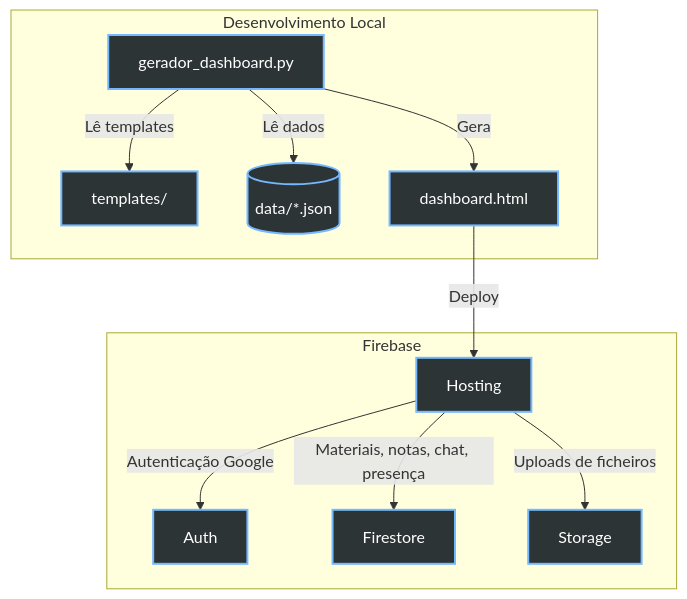
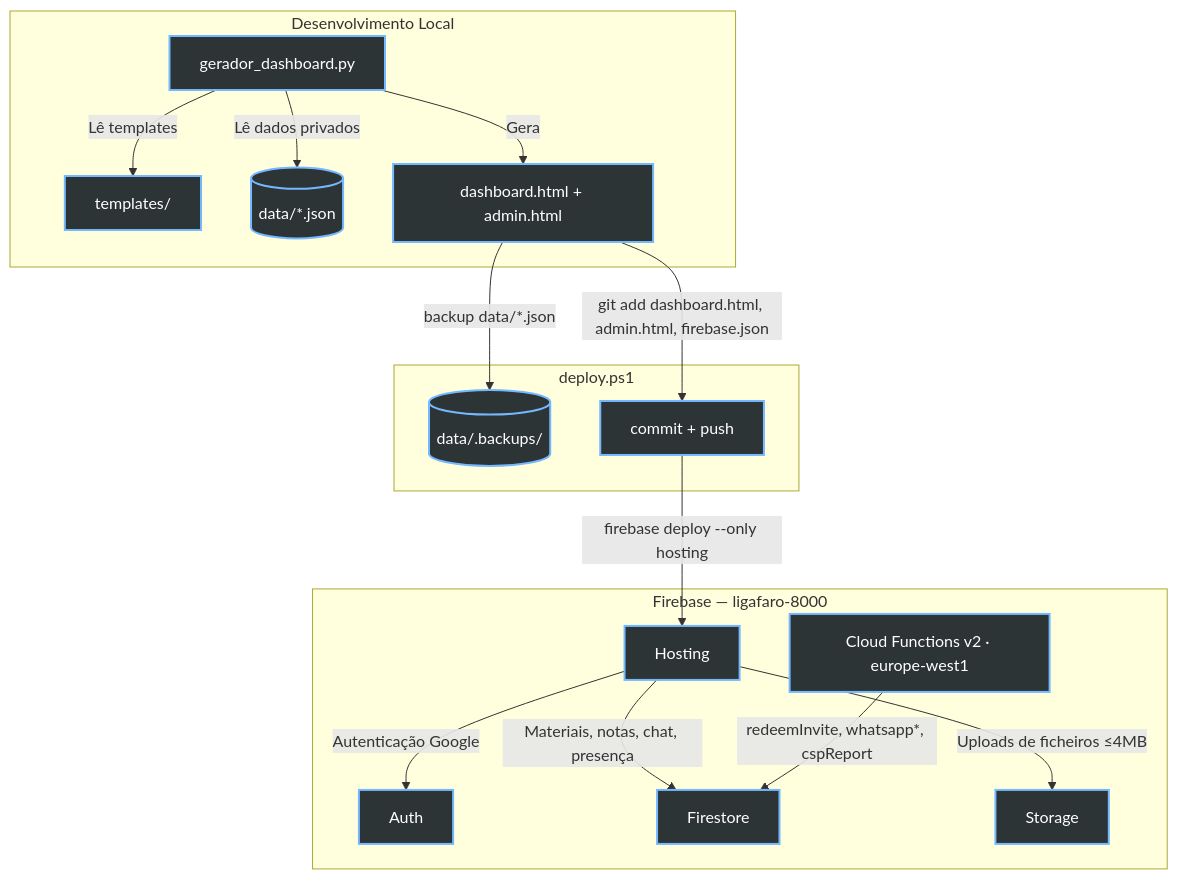
The diagram in README.md (DrNOFX97/IEFP_Hackers), drawn with Mermaid before and after one commit. The commit also changed other lines of this file and 2 other files, not shown here.

Commit message:
docs: atualizar README.md completo; fix encoding deploy.ps1; comitar source dos links de Teams UC00616

````diff
--- a/README.md
+++ b/README.md
@@ -36,18 +53,24 @@
 ```mermaid
 graph TD;
     subgraph LocalDev["Desenvolvimento Local"]
     G[gerador_dashboard.py] -->|Lê templates| T[templates/]
-    G -->|Lê dados| JSON[(data/*.json)]
-    G -->|Gera| D[dashboard.html]
+    G -->|Lê dados privados| JSON[(data/*.json)]
+    G -->|Gera| D[dashboard.html + admin.html]
     end
 
-    subgraph Firebase["Firebase"]
-    D -->|Deploy| H[Hosting]
+    subgraph Deploy["deploy.ps1"]
+    D -->|backup data/*.json| BK[(data/.backups/)]
+    D -->|git add dashboard.html, admin.html, firebase.json| C[commit + push]
+    end
+
+    subgraph Firebase["Firebase — ligafaro-8000"]
+    C -->|firebase deploy --only hosting| H[Hosting]
     H -->|Autenticação Google| FA[Auth]
     H -->|Materiais, notas, chat, presença| FS[Firestore]
-    H -->|Uploads de ficheiros| ST[Storage]
+    H -->|Uploads de ficheiros ≤4MB| ST[Storage]
+    FN[Cloud Functions v2 · europe-west1] -->|redeemInvite, whatsapp*, cspReport| FS
     end
 
     classDef comp fill:#2d3436,stroke:#74b9ff,stroke-width:2px,color:#fff;
-    class G,D,T,JSON,H,FA,FS,ST comp;
+    class G,D,T,JSON,BK,C,H,FA,FS,ST,FN comp;
 ```
````
